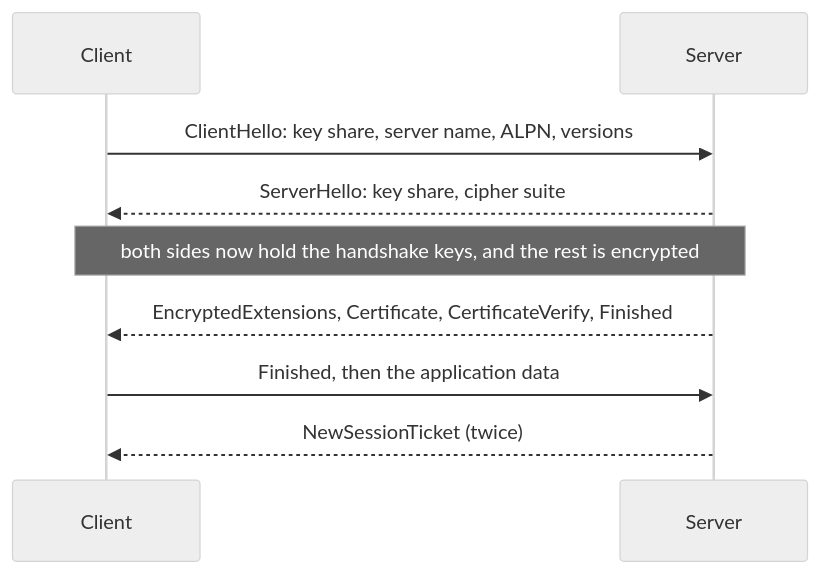
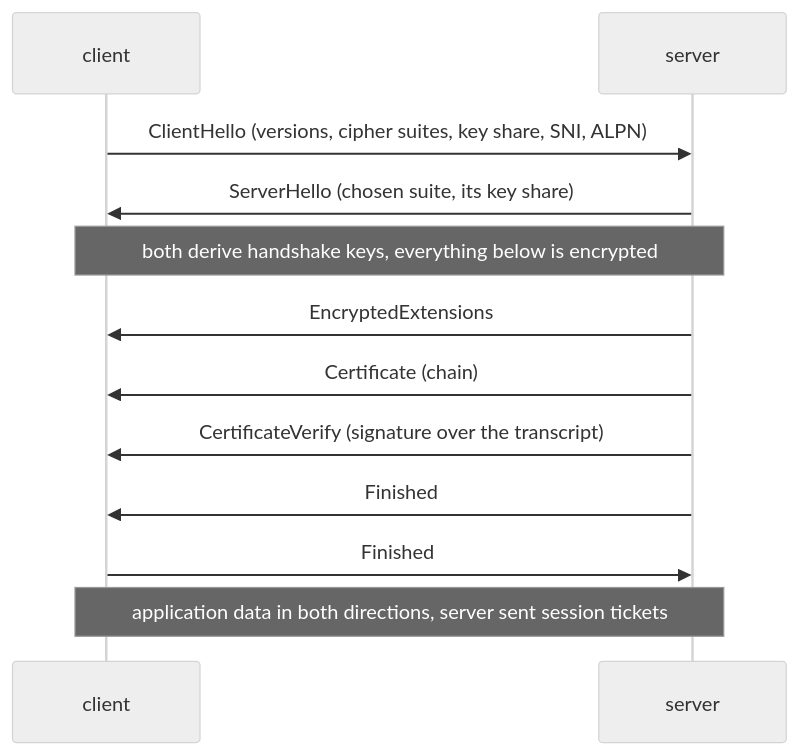
One commit to Princeahrwar/Study changed the second of 2 diagrams in 07_networking/08_application_protocols_dns_http_tls.md. Above: the diagram before and after it, drawn with Mermaid (neutral theme). The commit also changed other lines of this file, not shown here.

First line of the commit message:
Rewrite NET 08 application protocols (DNS, HTTP, TLS) in the WF 14 style

````diff
--- a/07_networking/08_application_protocols_dns_http_tls.md
+++ b/07_networking/08_application_protocols_dns_http_tls.md
@@ -1189,11 +324,14 @@
 ```mermaid
 sequenceDiagram
-  participant C as Client
-  participant S as Server
-  C->>S: ClientHello: key share, server name, ALPN, versions
-  S-->>C: ServerHello: key share, cipher suite
-  Note over C,S: both sides now hold the handshake keys, and the rest is encrypted
-  S-->>C: EncryptedExtensions, Certificate, CertificateVerify, Finished
-  C->>S: Finished, then the application data
-  S-->>C: NewSessionTicket (twice)
+  participant C as client
+  participant S as server
+  C->>S: ClientHello (versions, cipher suites, key share, SNI, ALPN)
+  S->>C: ServerHello (chosen suite, its key share)
+  Note over C,S: both derive handshake keys, everything below is encrypted
+  S->>C: EncryptedExtensions
+  S->>C: Certificate (chain)
+  S->>C: CertificateVerify (signature over the transcript)
+  S->>C: Finished
+  C->>S: Finished
+  Note over C,S: application data in both directions, server sent session tickets
 ```
````
